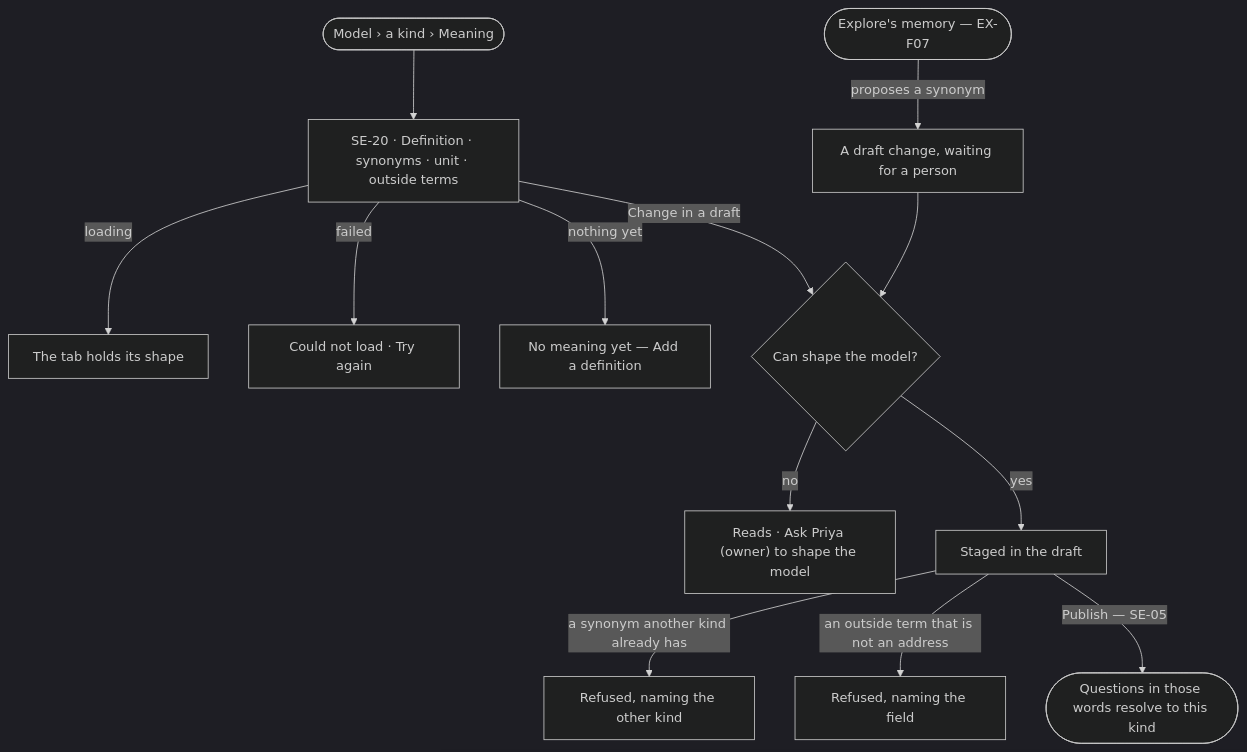
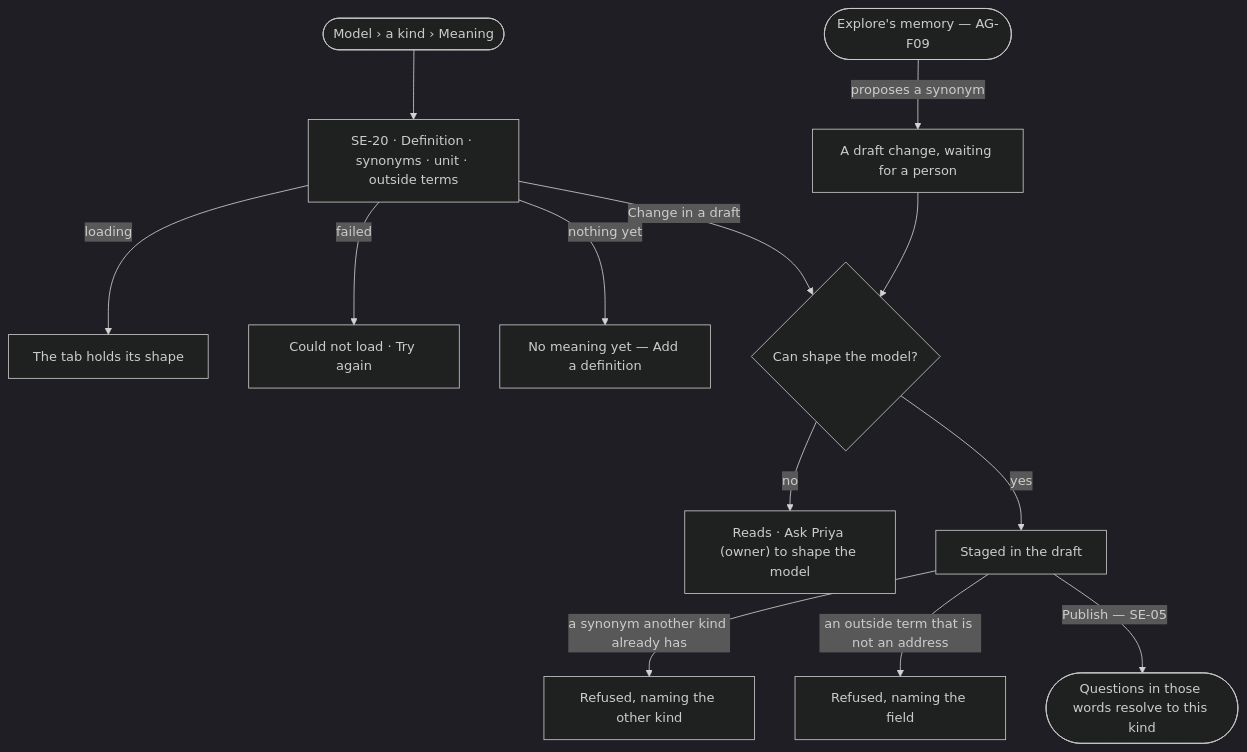
The diagram in specs/capabilities/semantics/features/SE-F03-meaning/feature.md (invana/invana), drawn with Mermaid (dark theme) before and after one commit. The commit also changed other lines of this file and 522 other files, not shown here.

````diff
--- a/specs/capabilities/semantics/features/SE-F03-meaning/feature.md
+++ b/specs/capabilities/semantics/features/SE-F03-meaning/feature.md
@@ -23,14 +23,14 @@
 ```mermaid
 flowchart TD
   start([Model › a kind › Meaning]) --> m["SE-20 · Definition · synonyms · unit · outside terms"]
   m -->|loading| ld["The tab holds its shape"]
   m -->|failed| fl["Could not load · Try again"]
   m -->|nothing yet| e["No meaning yet — Add a definition"]
   m -->|Change in a draft| may{Can shape the model?}
   may -->|no| na["Reads · Ask Priya (owner) to shape the model"]
   may -->|yes| d["Staged in the draft"]
   d -->|a synonym another kind already has| dup["Refused, naming the other kind"]
   d -->|an outside term that is not an address| bad["Refused, naming the field"]
   d -->|Publish — SE-05| pub(["Questions in those words resolve to this kind"])
-  mem([Explore's memory — EX-F07]) -->|proposes a synonym| prop["A draft change, waiting for a person"] --> may
+  mem([Explore's memory — AG-F09]) -->|proposes a synonym| prop["A draft change, waiting for a person"] --> may
 ```
````
